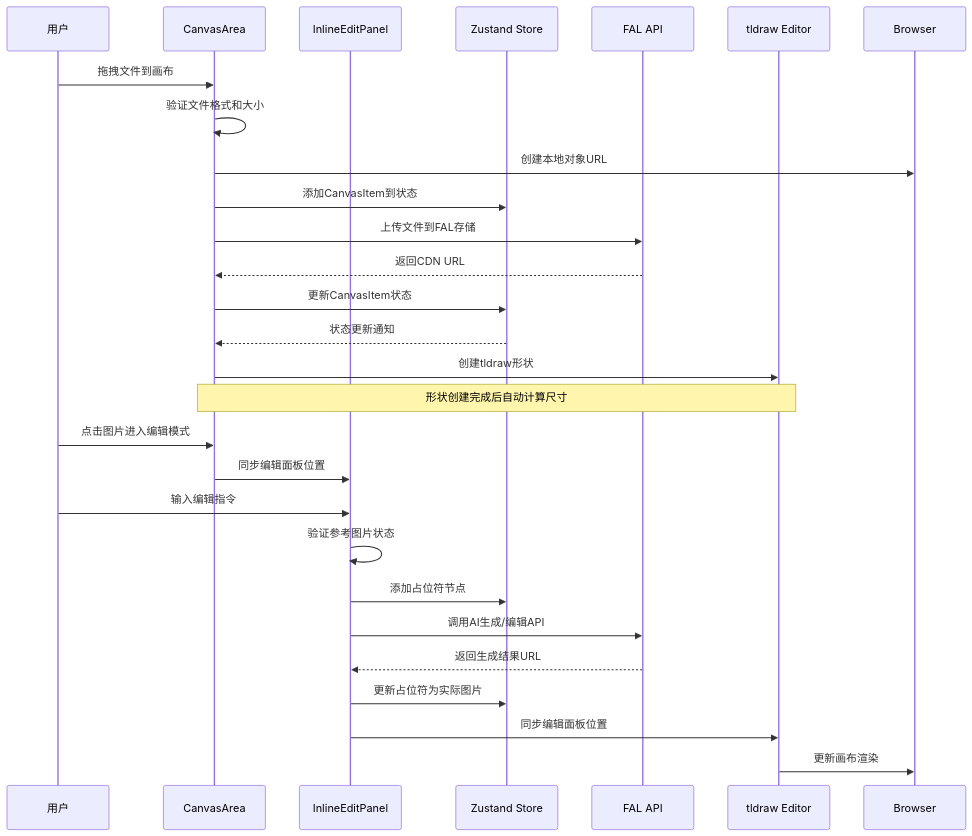
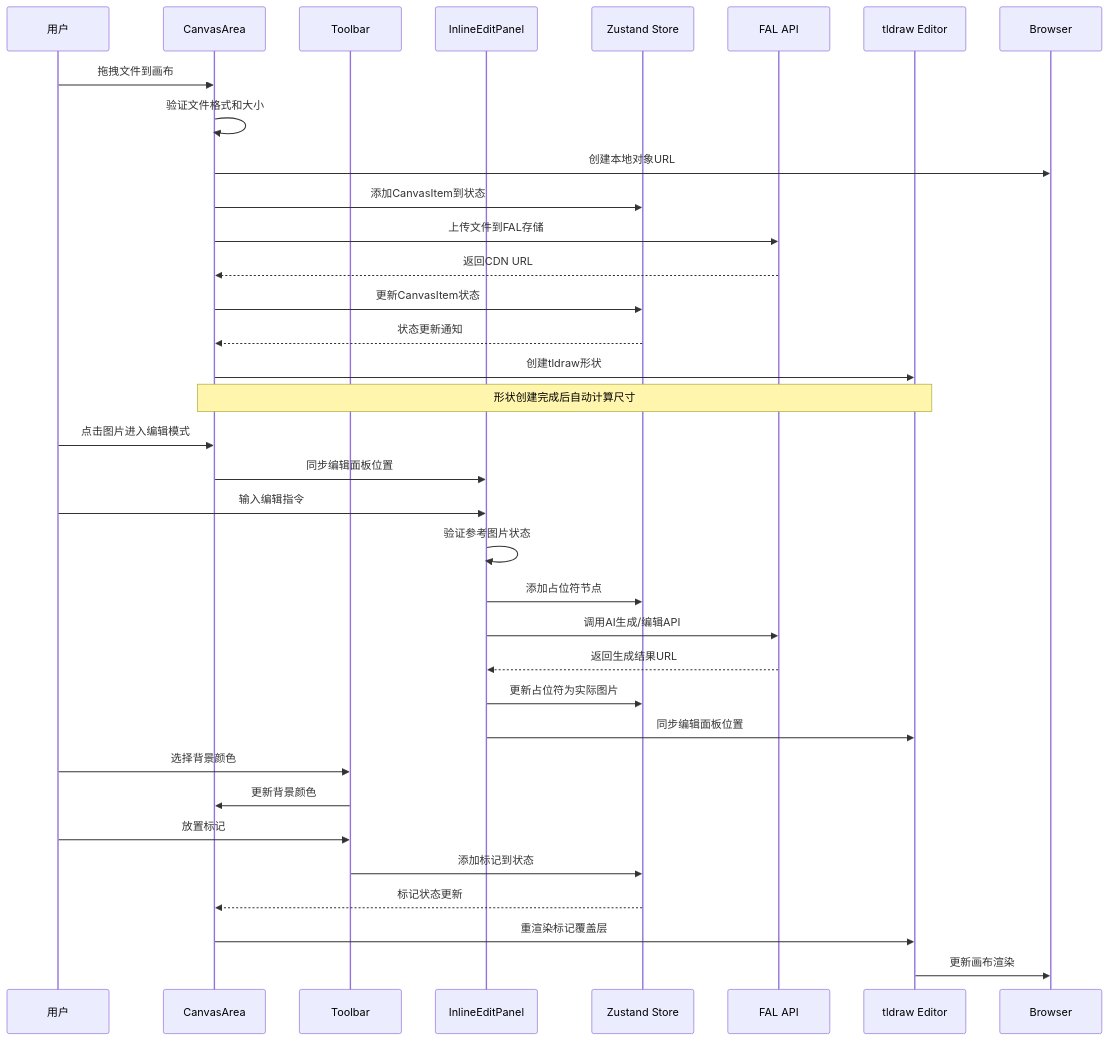
The eighth of 22 diagrams in .qoder/repowiki/zh/content/核心功能模块/画布交互系统.md (billye220670/BananaFlow2), drawn with Mermaid before and after one commit. The commit also changed other lines of this file and 10 other files, not shown here.

````diff
--- a/.qoder/repowiki/zh/content/核心功能模块/画布交互系统.md
+++ b/.qoder/repowiki/zh/content/核心功能模块/画布交互系统.md
@@ -282,29 +422,36 @@
 ```mermaid
 sequenceDiagram
 participant User as 用户
 participant Canvas as CanvasArea
+participant Toolbar as Toolbar
 participant Panel as InlineEditPanel
 participant Store as Zustand Store
 participant FAL as FAL API
 participant Editor as tldraw Editor
 User->>Canvas : 拖拽文件到画布
 Canvas->>Canvas : 验证文件格式和大小
 Canvas->>Browser : 创建本地对象URL
 Canvas->>Store : 添加CanvasItem到状态
 Canvas->>FAL : 上传文件到FAL存储
 FAL-->>Canvas : 返回CDN URL
 Canvas->>Store : 更新CanvasItem状态
 Store-->>Canvas : 状态更新通知
 Canvas->>Editor : 创建tldraw形状
 Note over Canvas,Editor : 形状创建完成后自动计算尺寸
 User->>Canvas : 点击图片进入编辑模式
 Canvas->>Panel : 同步编辑面板位置
 User->>Panel : 输入编辑指令
 Panel->>Panel : 验证参考图片状态
 Panel->>Store : 添加占位符节点
 Panel->>FAL : 调用AI生成/编辑API
 FAL-->>Panel : 返回生成结果URL
 Panel->>Store : 更新占位符为实际图片
 Panel->>Editor : 同步编辑面板位置
+User->>Toolbar : 选择背景颜色
+Toolbar->>Canvas : 更新背景颜色
+User->>Toolbar : 放置标记
+Toolbar->>Store : 添加标记到状态
+Store-->>Canvas : 标记状态更新
+Canvas->>Editor : 重渲染标记覆盖层
 Editor->>Browser : 更新画布渲染
 ```
````
